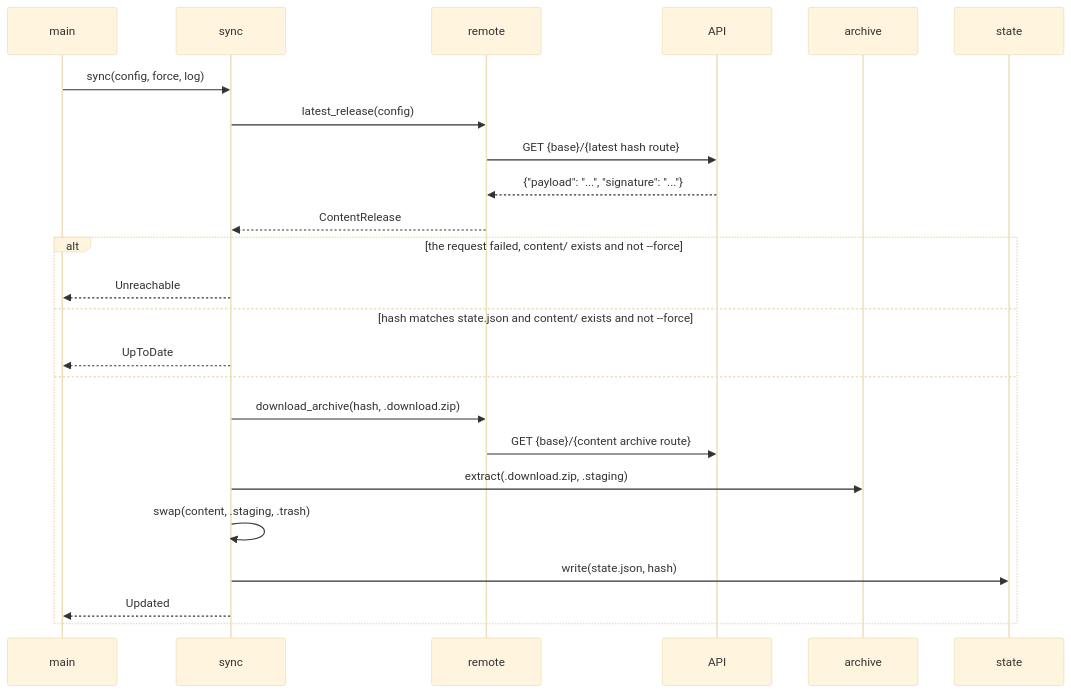
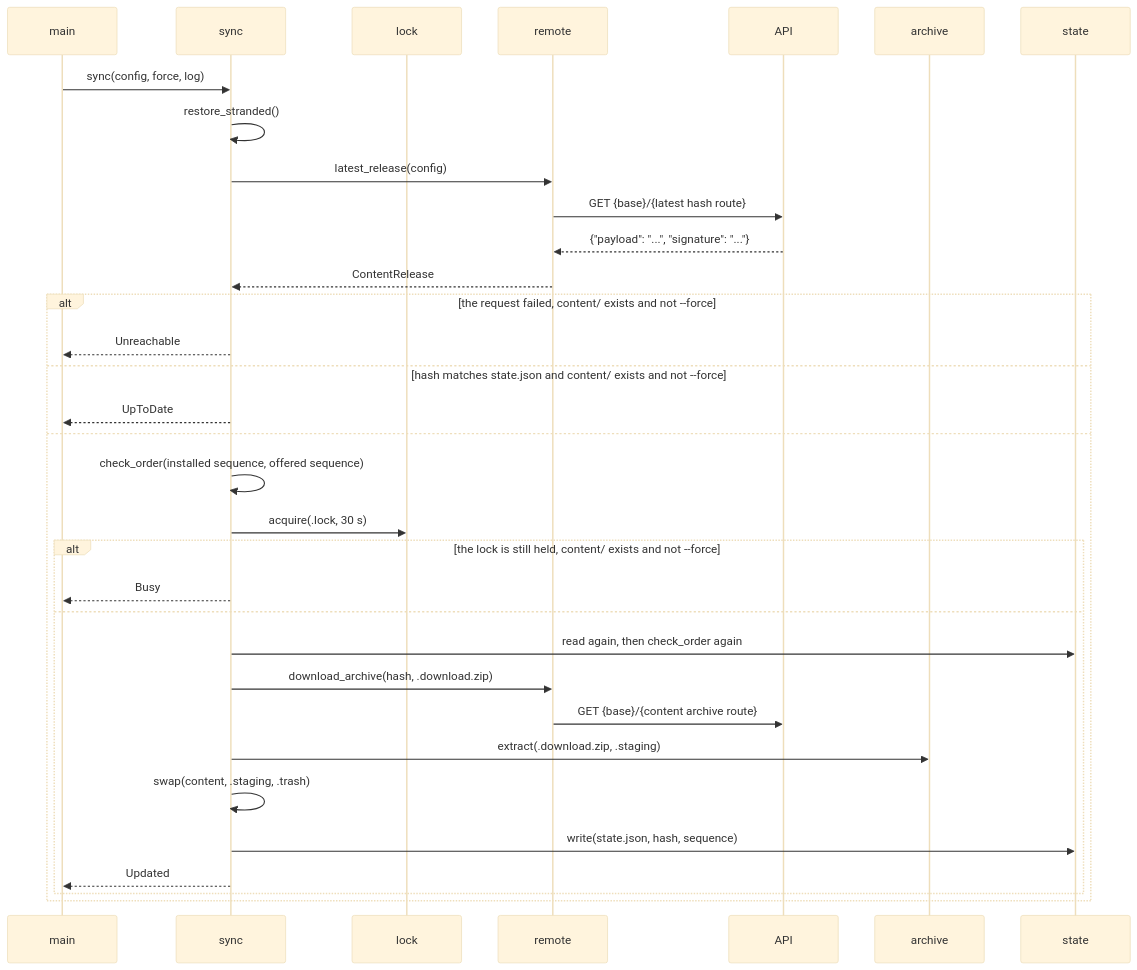
Before and after one commit to damac-italia/brainmaker: the third of 6 diagrams in docs/FLOW.md, drawn with Mermaid (base theme). The commit also changed other lines of this file and 5 other files, not shown here.

````diff
--- a/docs/FLOW.md
+++ b/docs/FLOW.md
@@ -114,26 +127,35 @@
 ```mermaid
 sequenceDiagram
     participant main
     participant sync
+    participant lock
     participant remote
     participant API
     participant archive
     participant state
     main->>sync: sync(config, force, log)
+    sync->>sync: restore_stranded()
     sync->>remote: latest_release(config)
     remote->>API: GET {base}/{latest hash route}
     API-->>remote: {"payload": "...", "signature": "..."}
     remote-->>sync: ContentRelease
     alt the request failed, content/ exists and not --force
         sync-->>main: Unreachable
     else hash matches state.json and content/ exists and not --force
         sync-->>main: UpToDate
     else
-        sync->>remote: download_archive(hash, .download.zip)
-        remote->>API: GET {base}/{content archive route}
-        sync->>archive: extract(.download.zip, .staging)
-        sync->>sync: swap(content, .staging, .trash)
-        sync->>state: write(state.json, hash)
-        sync-->>main: Updated
+        sync->>sync: check_order(installed sequence, offered sequence)
+        sync->>lock: acquire(.lock, 30 s)
+        alt the lock is still held, content/ exists and not --force
+            sync-->>main: Busy
+        else
+            sync->>state: read again, then check_order again
+            sync->>remote: download_archive(hash, .download.zip)
+            remote->>API: GET {base}/{content archive route}
+            sync->>archive: extract(.download.zip, .staging)
+            sync->>sync: swap(content, .staging, .trash)
+            sync->>state: write(state.json, hash, sequence)
+            sync-->>main: Updated
+        end
     end
 ```
````
